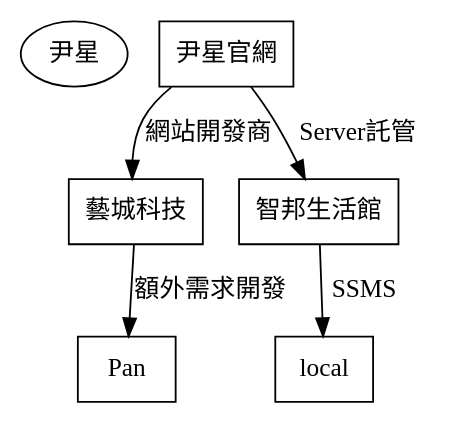
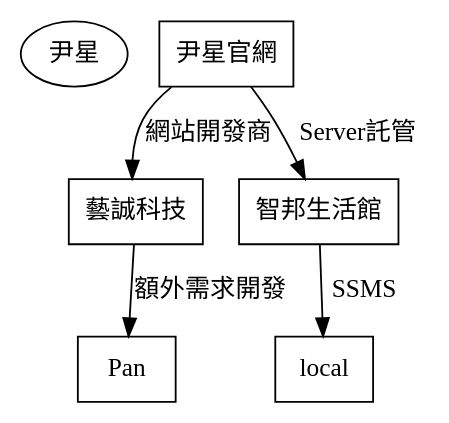
Before and after one commit to EJ-huang/EJ-doc: the diagram in schedule/README.md, drawn with Graphviz. The commit also changed 3 other files, not shown here.

````diff
--- a/schedule/README.md
+++ b/schedule/README.md
@@ -5,18 +5,18 @@
 ```graphviz
 digraph hierarchy {
   # 起始與結尾
   start [label="尹星"]
 
   # 過程
   node[shape=box]
   a [label="尹星官網"]
 
 
   # 連線邏輯
 
-  a->藝城科技 [label="網站開發商"]
+  a->藝誠科技 [label="網站開發商"]
   a->智邦生活館 [label="Server託管"]
   智邦生活館->local [label=" SSMS"]
-  藝城科技-> Pan [label="額外需求開發"]
+  藝誠科技-> Pan [label="額外需求開發"]
 }
 ```
````
